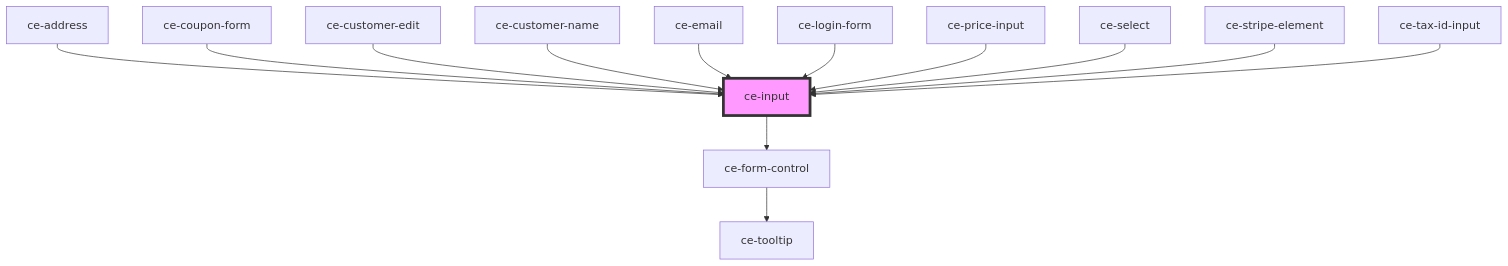
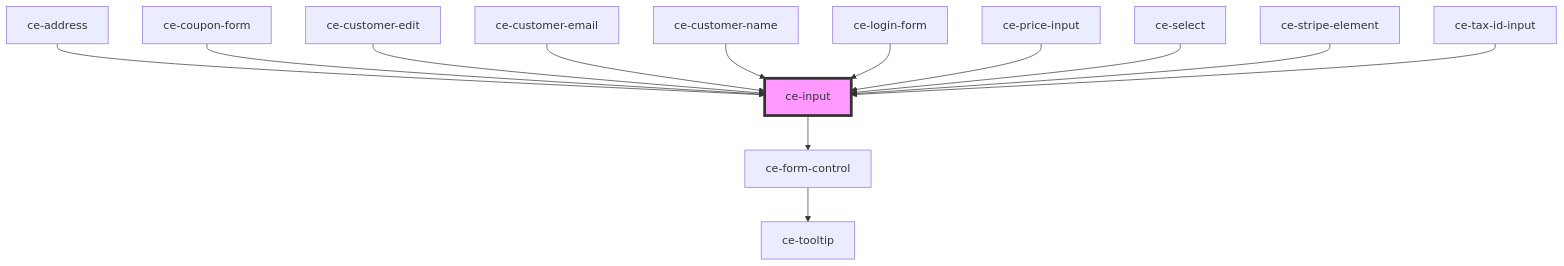
One commit to surecart/surecart-wp-plugin changed the diagram in packages/components/src/components/ui/input/readme.md. Above: the diagram before and after it, drawn with Mermaid. The commit also changed other lines of this file and 61 other files, not shown here.

````diff
--- a/packages/components/src/components/ui/input/readme.md
+++ b/packages/components/src/components/ui/input/readme.md
@@ -128,16 +128,16 @@
 ```mermaid
 graph TD;
   ce-input --> ce-form-control
   ce-form-control --> ce-tooltip
   ce-address --> ce-input
   ce-coupon-form --> ce-input
   ce-customer-edit --> ce-input
+  ce-customer-email --> ce-input
   ce-customer-name --> ce-input
-  ce-email --> ce-input
   ce-login-form --> ce-input
   ce-price-input --> ce-input
   ce-select --> ce-input
   ce-stripe-element --> ce-input
   ce-tax-id-input --> ce-input
   style ce-input fill:#f9f,stroke:#333,stroke-width:4px
 ```
````
